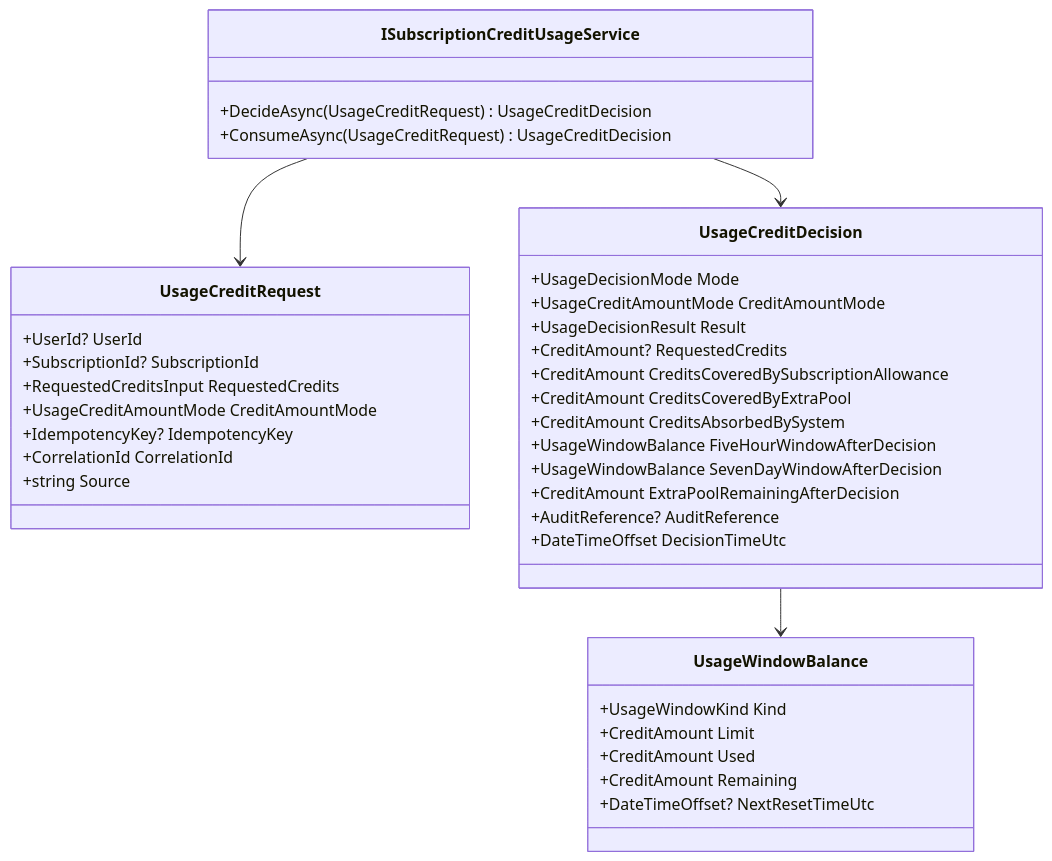
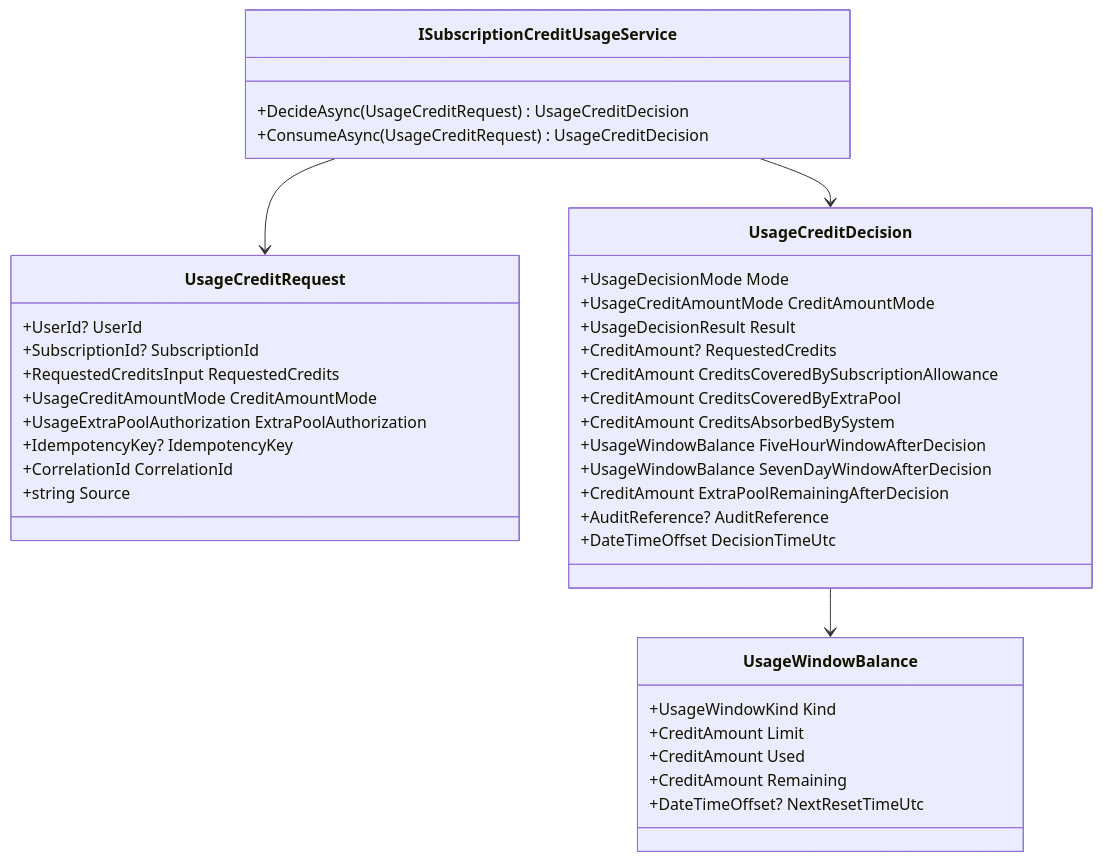
Before and after one commit to andrew0928/AndrewDemo.AgentRateLimit: the first of 3 diagrams in docs/architecture/subscription-credit-abstract-design.md, drawn with Mermaid. The commit also changed other lines of this file and 13 other files, not shown here.

````diff
--- a/docs/architecture/subscription-credit-abstract-design.md
+++ b/docs/architecture/subscription-credit-abstract-design.md
@@ -304,44 +320,45 @@
 ```mermaid
 classDiagram
     class ISubscriptionCreditUsageService {
         +DecideAsync(UsageCreditRequest) UsageCreditDecision
         +ConsumeAsync(UsageCreditRequest) UsageCreditDecision
     }
 
     class UsageCreditRequest {
         +UserId? UserId
         +SubscriptionId? SubscriptionId
         +RequestedCreditsInput RequestedCredits
         +UsageCreditAmountMode CreditAmountMode
+        +UsageExtraPoolAuthorization ExtraPoolAuthorization
         +IdempotencyKey? IdempotencyKey
         +CorrelationId CorrelationId
         +string Source
     }
 
     class UsageCreditDecision {
         +UsageDecisionMode Mode
         +UsageCreditAmountMode CreditAmountMode
         +UsageDecisionResult Result
         +CreditAmount? RequestedCredits
         +CreditAmount CreditsCoveredBySubscriptionAllowance
         +CreditAmount CreditsCoveredByExtraPool
         +CreditAmount CreditsAbsorbedBySystem
         +UsageWindowBalance FiveHourWindowAfterDecision
         +UsageWindowBalance SevenDayWindowAfterDecision
         +CreditAmount ExtraPoolRemainingAfterDecision
         +AuditReference? AuditReference
         +DateTimeOffset DecisionTimeUtc
     }
 
     class UsageWindowBalance {
         +UsageWindowKind Kind
         +CreditAmount Limit
         +CreditAmount Used
         +CreditAmount Remaining
         +DateTimeOffset? NextResetTimeUtc
     }
 
     ISubscriptionCreditUsageService --> UsageCreditRequest
     ISubscriptionCreditUsageService --> UsageCreditDecision
     UsageCreditDecision --> UsageWindowBalance
 ```
````
